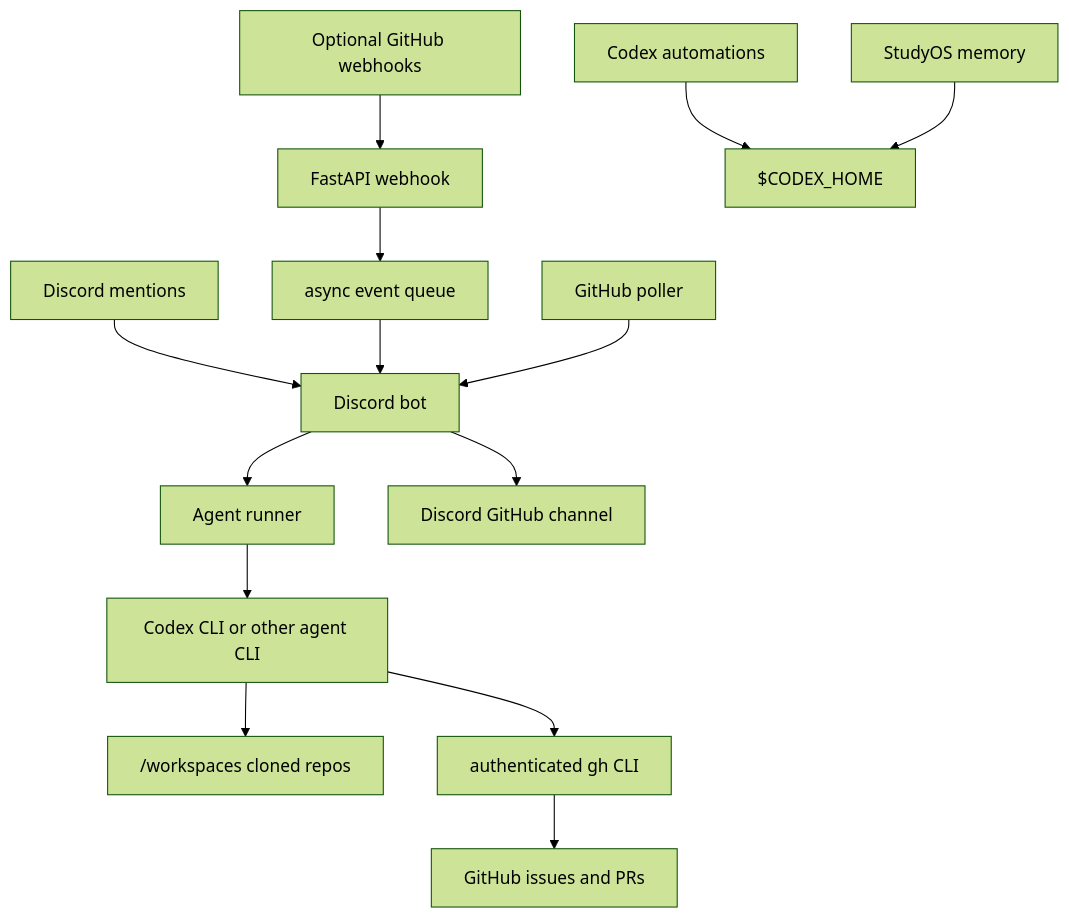
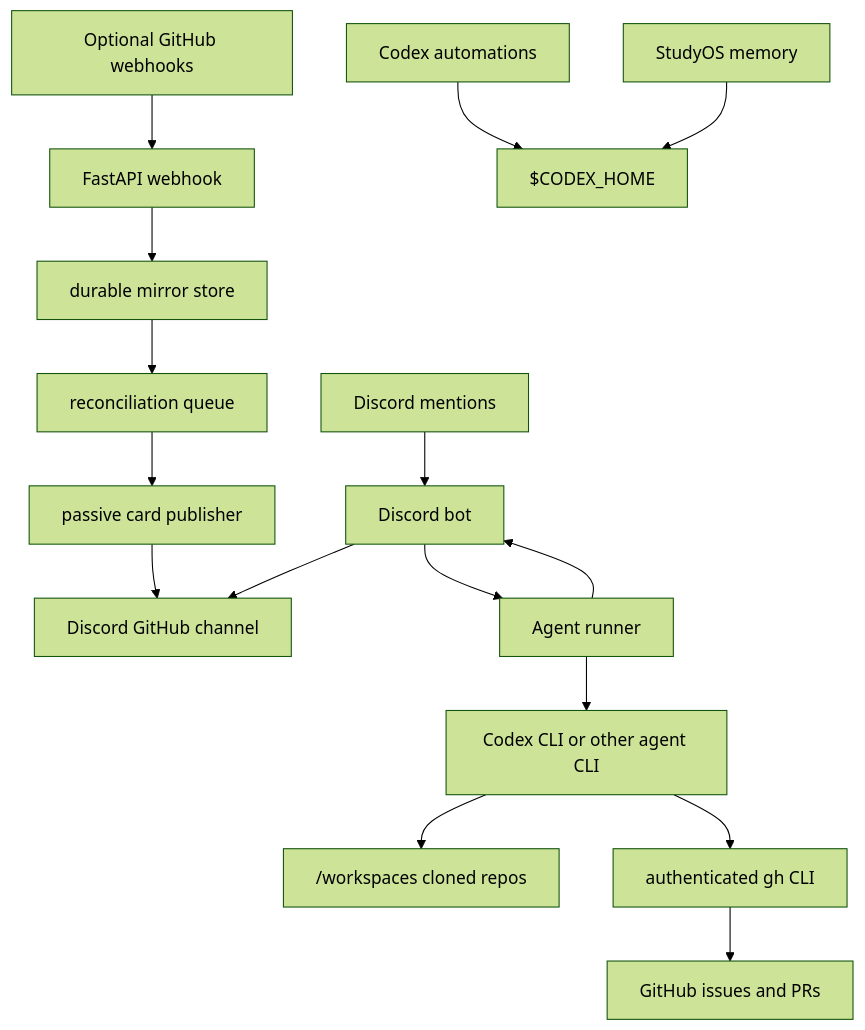
The diagram in README.md (Tue-StudyOS/StudyOS-Agent-Gateway), drawn with Mermaid (forest theme) before and after one commit. The commit also changed other lines of this file and 36 other files, not shown here.

Commit message:
fix(github): harden passive mirror delivery

````diff
--- a/README.md
+++ b/README.md
@@ -44,16 +42,18 @@
 ```mermaid
 flowchart TD
     Discord["Discord mentions"] --> Bot["Discord bot"]
     GitHub["Optional GitHub webhooks"] --> API["FastAPI webhook"]
-    API --> Queue["async event queue"]
-    Queue --> Bot
-    Poller["GitHub poller"] --> Bot
+    API --> Store["durable mirror store"]
+    Store --> Queue["reconciliation queue"]
+    Queue --> Mirror["passive card publisher"]
+    Mirror --> Channel["Discord GitHub channel"]
     Bot --> Runner["Agent runner"]
+    Runner --> Bot
     Runner --> Codex["Codex CLI or other agent CLI"]
     Codex --> Workspaces["/workspaces cloned repos"]
     Codex --> GHCLI["authenticated gh CLI"]
     GHCLI --> GitHubRepo["GitHub issues and PRs"]
-    Bot --> Channel["Discord GitHub channel"]
+    Bot --> Channel
     Automations["Codex automations"] --> CodexHome["$CODEX_HOME"]
     Memory["StudyOS memory"] --> CodexHome
 ```
````
